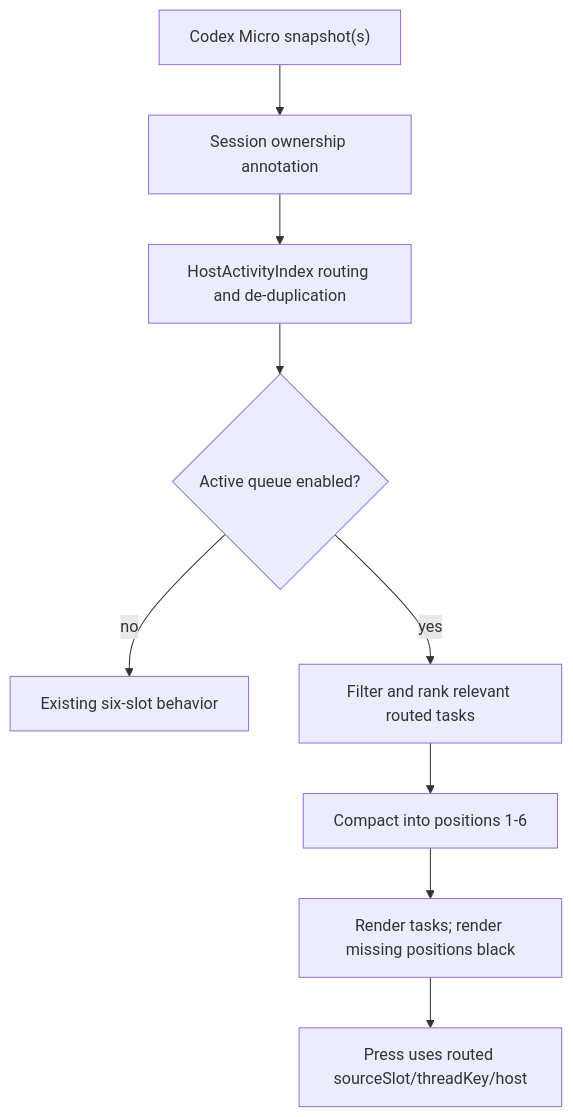
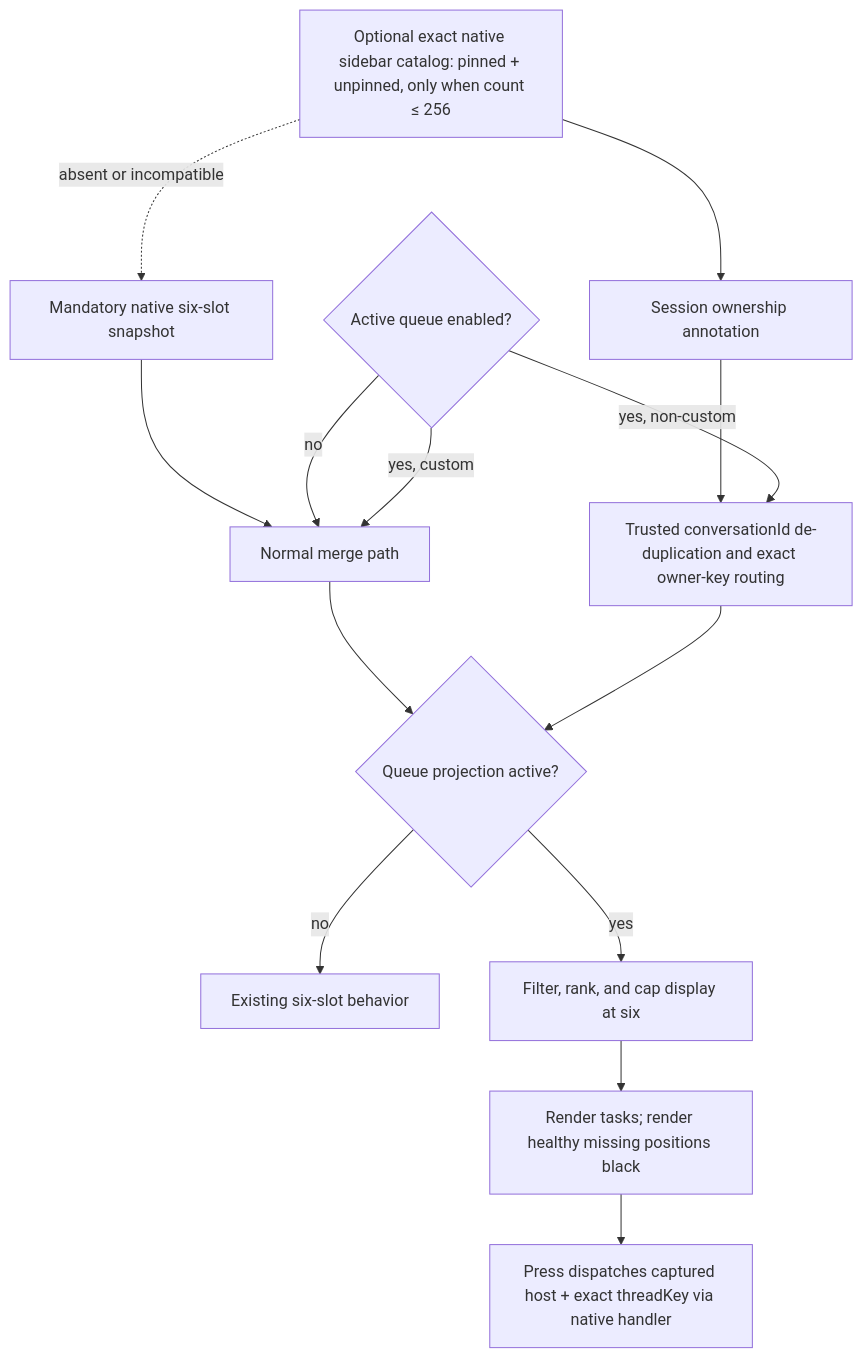
Before and after one commit to xonika9/codex-stream-deck: the diagram in docs/plans/2026-08-11-001-active-agent-queue-plan.md, drawn with Mermaid. The commit also changed other lines of this file and 19 other files, not shown here.

First line of the commit message:
feat(agent): discover full active task catalog

````diff
--- a/docs/plans/2026-08-11-001-active-agent-queue-plan.md
+++ b/docs/plans/2026-08-11-001-active-agent-queue-plan.md
@@ -124,11 +139,16 @@
 ```mermaid
 flowchart TB
-  A["Codex Micro snapshot(s)"] --> B["Session ownership annotation"]
-  B --> C["HostActivityIndex routing and de-duplication"]
-  C --> D{"Active queue enabled?"}
-  D -->|no| E["Existing six-slot behavior"]
-  D -->|yes| F["Filter and rank relevant routed tasks"]
-  F --> G["Compact into positions 1-6"]
-  G --> H["Render tasks; render missing positions black"]
-  H --> I["Press uses routed sourceSlot/threadKey/host"]
+  A["Mandatory native six-slot snapshot"] --> B["Normal merge path"]
+  C["Optional exact native sidebar catalog: pinned + unpinned, only when count ≤ 256"] --> D["Session ownership annotation"]
+  C -. "absent or incompatible" .-> A
+  D --> E["Trusted conversationId de-duplication and exact owner-key routing"]
+  F{"Active queue enabled?"} -->|no| B
+  F -->|yes, custom| B
+  F -->|yes, non-custom| E
+  B --> G{"Queue projection active?"}
+  E --> G
+  G -->|no| H["Existing six-slot behavior"]
+  G -->|yes| I["Filter, rank, and cap display at six"]
+  I --> J["Render tasks; render healthy missing positions black"]
+  J --> K["Press dispatches captured host + exact threadKey via native handler"]
 ```
````
